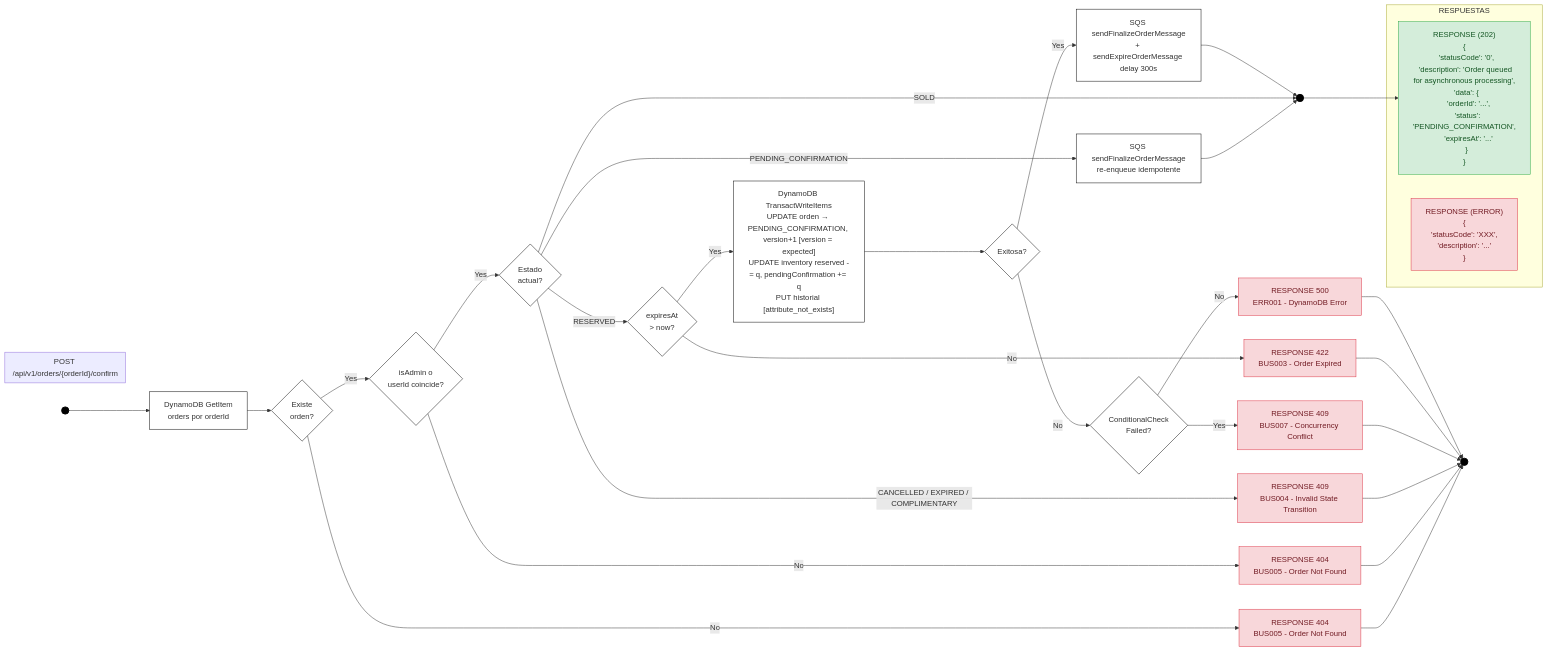
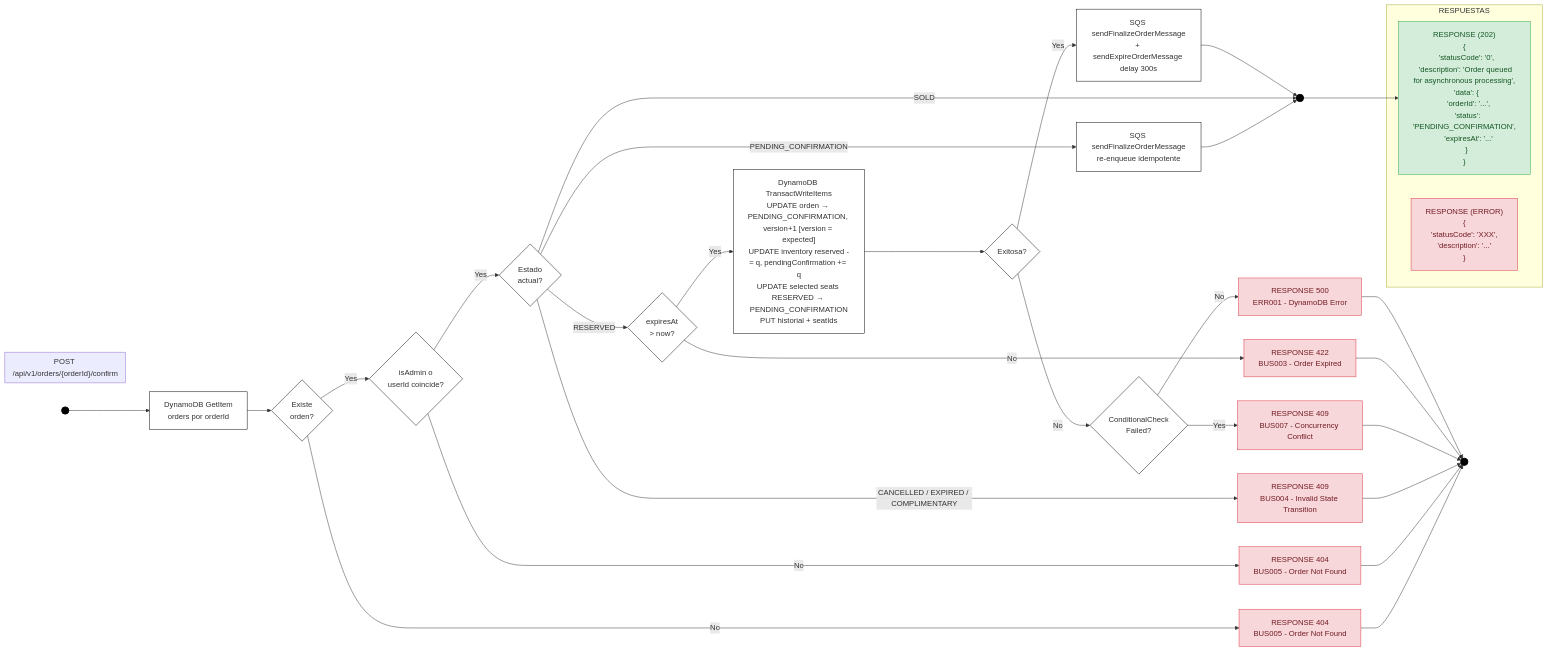
One commit to EstebanRCarmona/ticketing-Nequi changed the diagram in docs/diagramas-flujo/mermaid/07-post-confirm-order.md. Above: the diagram before and after it, drawn with Mermaid. The commit also changed 29 other files, not shown here.

Commit message:
docs: update ticketing flows and architecture

````diff
--- a/docs/diagramas-flujo/mermaid/07-post-confirm-order.md
+++ b/docs/diagramas-flujo/mermaid/07-post-confirm-order.md
@@ -1,61 +1,61 @@
 ```mermaid
 graph LR
     classDef start_end fill:#000,stroke:#000,color:#fff,stroke-width:2px;
     classDef process fill:#fff,stroke:#000,stroke-width:1px;
     classDef decision fill:#fff,stroke:#000,stroke-width:1px;
     classDef success fill:#d4edda,stroke:#28a745,stroke-width:1px,color:#155724;
     classDef error fill:#f8d7da,stroke:#dc3545,stroke-width:1px,color:#721c24;
 
     subgraph Header ["POST /api/v1/orders/{orderId}/confirm"]
         direction LR
     end
 
     Start(( )) --> BuscarOrden["DynamoDB GetItem<br/>orders por orderId"]
 
     BuscarOrden --> ExisteOrden{Existe<br/>orden?}
     ExisteOrden -- No --> R404[RESPONSE 404<br/>BUS005 - Order Not Found]
 
     ExisteOrden -- Yes --> ValidaAcceso{isAdmin o<br/>userId coincide?}
     ValidaAcceso -- No --> R404b[RESPONSE 404<br/>BUS005 - Order Not Found]
 
     ValidaAcceso -- Yes --> EvaluaEstado{Estado<br/>actual?}
 
     EvaluaEstado -- PENDING_CONFIRMATION --> ReencolarSQS["SQS sendFinalizeOrderMessage<br/>re-enqueue idempotente"]
     ReencolarSQS --> SuccessNode(( ))
 
     EvaluaEstado -- SOLD --> SuccessNode
 
     EvaluaEstado -- CANCELLED / EXPIRED / COMPLIMENTARY --> R409[RESPONSE 409<br/>BUS004 - Invalid State Transition]
 
     EvaluaEstado -- RESERVED --> ValidaExpiracion{expiresAt<br/>> now?}
     ValidaExpiracion -- No --> R422[RESPONSE 422<br/>BUS003 - Order Expired]
 
-    ValidaExpiracion -- Yes --> Transaccion["DynamoDB TransactWriteItems<br/>UPDATE orden → PENDING_CONFIRMATION, version+1 [version = expected]<br/>UPDATE inventory reserved -= q, pendingConfirmation += q<br/>PUT historial [attribute_not_exists]"]
+    ValidaExpiracion -- Yes --> Transaccion["DynamoDB TransactWriteItems<br/>UPDATE orden → PENDING_CONFIRMATION, version+1 [version = expected]<br/>UPDATE inventory reserved -= q, pendingConfirmation += q<br/>UPDATE selected seats RESERVED → PENDING_CONFIRMATION<br/>PUT historial + seatIds"]
 
     Transaccion --> Exitosa{Exitosa?}
     Exitosa -- No --> EsConflicto{ConditionalCheck<br/>Failed?}
     EsConflicto -- Yes --> R409con[RESPONSE 409<br/>BUS007 - Concurrency Conflict]
     EsConflicto -- No --> R500[RESPONSE 500<br/>ERR001 - DynamoDB Error]
 
     Exitosa -- Yes --> EnviarSQS["SQS sendFinalizeOrderMessage<br/>+ sendExpireOrderMessage delay 300s"]
     EnviarSQS --> SuccessNode
     SuccessNode --> R202
 
     subgraph RESPONSES ["RESPUESTAS"]
         R202["RESPONSE (202)<br/>{<br/>  'statusCode': '0',<br/>  'description': 'Order queued for asynchronous processing',<br/>  'data': {<br/>    'orderId': '...',<br/>    'status': 'PENDING_CONFIRMATION',<br/>    'expiresAt': '...'<br/>  }<br/>}"]
         R_ERR["RESPONSE (ERROR)<br/>{<br/>  'statusCode': 'XXX',<br/>  'description': '...'<br/>}"]
     end
 
     R404 --> EndNode(( ))
     R404b --> EndNode
     R409 --> EndNode
     R409con --> EndNode
     R422 --> EndNode
     R500 --> EndNode
 
     class Start,SuccessNode,EndNode start_end;
     class BuscarOrden,ReencolarSQS,Transaccion,EnviarSQS process;
     class ExisteOrden,ValidaAcceso,EvaluaEstado,ValidaExpiracion,Exitosa,EsConflicto decision;
     class R202 success;
     class R404,R404b,R409,R409con,R422,R500,R_ERR error;
 ```
````
